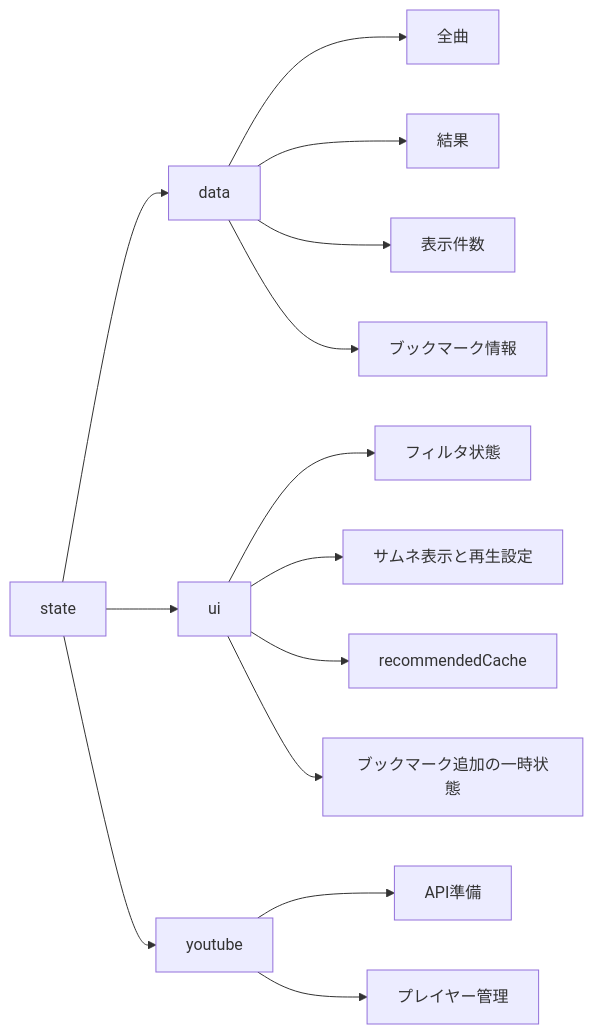
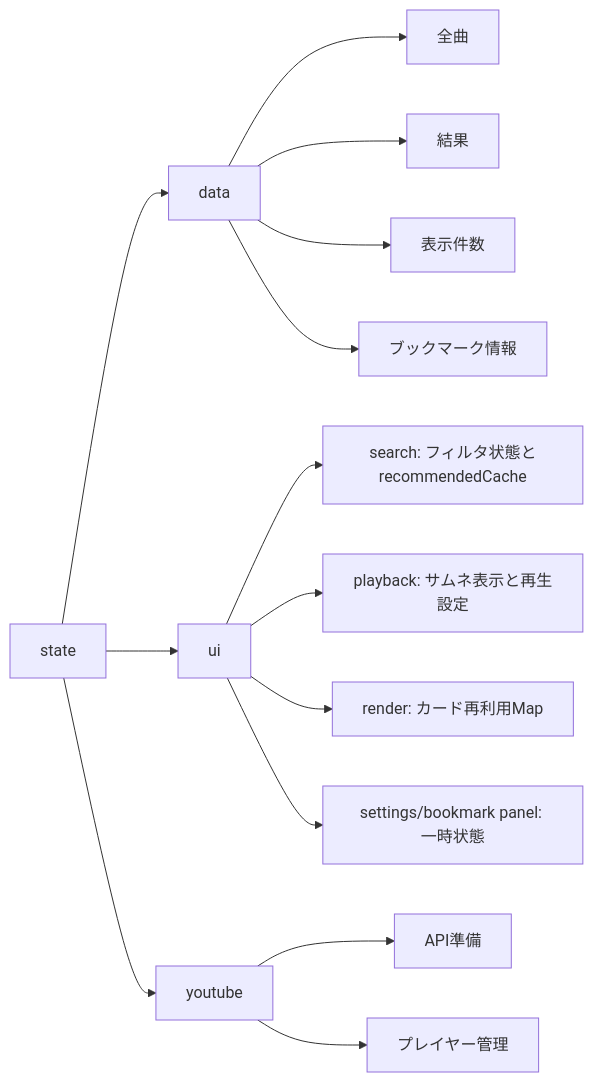
One commit to an-oa/devel-knksongs changed the third of 3 diagrams in DESIGN.md. Above: the diagram before and after it, drawn with Mermaid. The commit also changed other lines of this file and 3 other files, not shown here.

````diff
--- a/DESIGN.md
+++ b/DESIGN.md
@@ -196,17 +215,17 @@
 ```mermaid
 flowchart LR
     state[state]
     state --> data[data]
     state --> ui[ui]
     state --> youtube[youtube]
     data --> d1[全曲]
     data --> d2[結果]
     data --> d3[表示件数]
     data --> d4[ブックマーク情報]
-    ui --> u1[フィルタ状態]
-    ui --> u2[サムネ表示と再生設定]
-    ui --> u3[recommendedCache]
-    ui --> u4[ブックマーク追加の一時状態]
+    ui --> u1[search: フィルタ状態とrecommendedCache]
+    ui --> u2[playback: サムネ表示と再生設定]
+    ui --> u3[render: カード再利用Map]
+    ui --> u4[settings/bookmark panel: 一時状態]
     youtube --> y1[API準備]
     youtube --> y2[プレイヤー管理]
 ```
````
